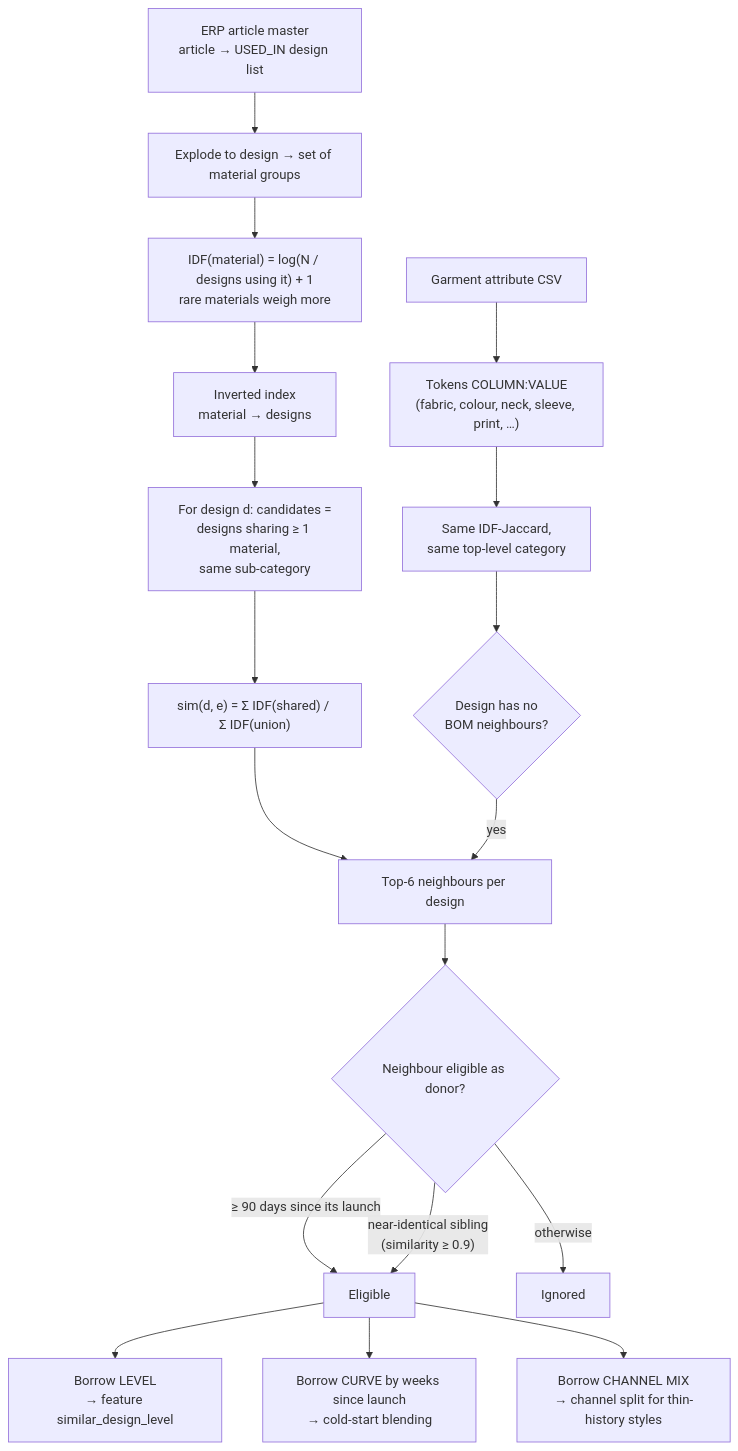
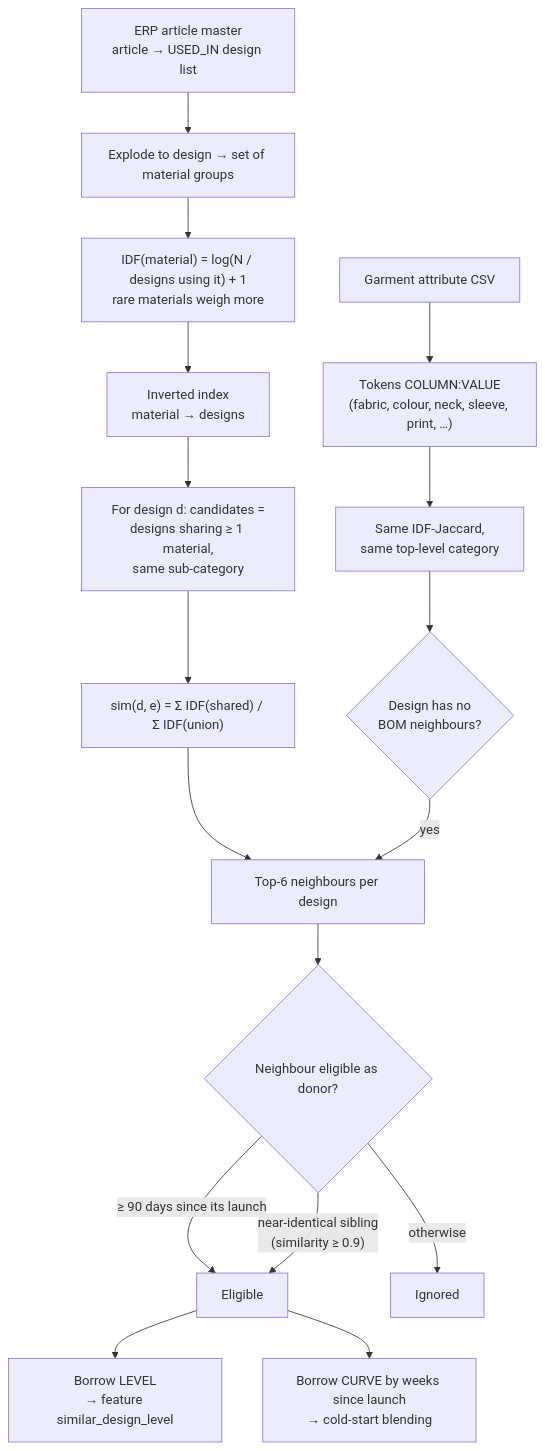
The ninth of 27 diagrams in README.md (orlindatabase-lang/Demand-Forecasting), drawn with Mermaid before and after one commit. The commit also changed other lines of this file and 13 other files, not shown here.

````diff
--- a/README.md
+++ b/README.md
@@ -465,21 +465,20 @@
 ```mermaid
 flowchart TD
     A["ERP article master<br/>article → USED_IN design list"] --> B["Explode to design → set of material groups"]
     B --> C["IDF(material) = log(N / designs using it) + 1<br/>rare materials weigh more"]
     C --> D["Inverted index<br/>material → designs"]
     D --> E["For design d: candidates =<br/>designs sharing ≥ 1 material,<br/>same sub-category"]
     E --> F["sim(d, e) = Σ IDF(shared) / Σ IDF(union)"]
     F --> G["Top-6 neighbours per design"]
 
     H["Garment attribute CSV"] --> H1["Tokens COLUMN:VALUE<br/>(fabric, colour, neck, sleeve, print, …)"]
     H1 --> H2["Same IDF-Jaccard,<br/>same top-level category"]
     H2 --> H3{"Design has no<br/>BOM neighbours?"}
     H3 -- yes --> G
     G --> I{"Neighbour eligible as donor?"}
     I -- "≥ 90 days since its launch" --> J["Eligible"]
     I -- "near-identical sibling<br/>(similarity ≥ 0.9)" --> J
     I -- otherwise --> K["Ignored"]
     J --> L1["Borrow LEVEL<br/>→ feature similar_design_level"]
     J --> L2["Borrow CURVE by weeks since launch<br/>→ cold-start blending"]
-    J --> L3["Borrow CHANNEL MIX<br/>→ channel split for thin-history styles"]
 ```
````
